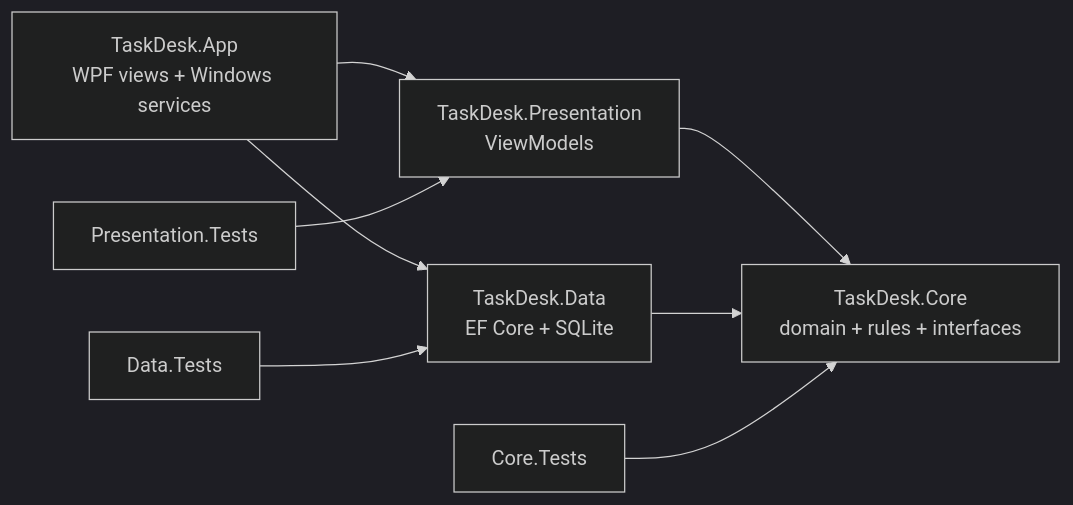
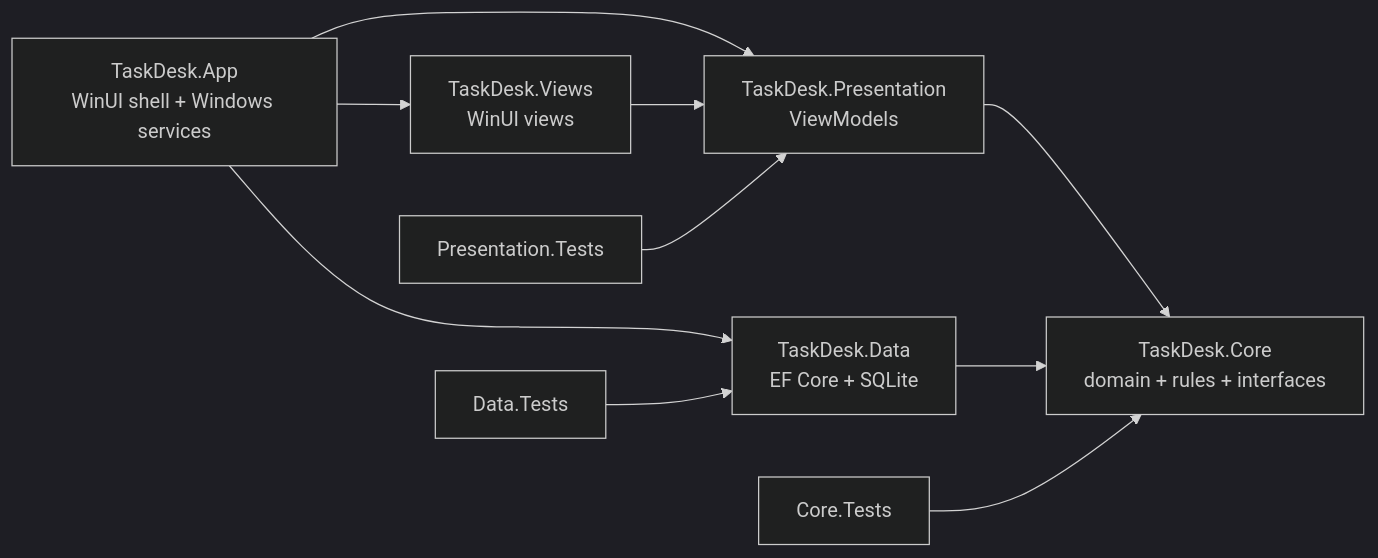
One commit to joaomariok/TaskDesk changed the first of 2 diagrams in docs/SPEC.md. Above: the diagram before and after it, drawn with Mermaid (dark theme). The commit also changed other lines of this file and 110 other files, not shown here.

Commit message:
feat: swap in the WinUI app as TaskDesk and remove the WPF app

````diff
--- a/docs/SPEC.md
+++ b/docs/SPEC.md
@@ -96,10 +99,12 @@
 ```mermaid
 flowchart LR
-    App[TaskDesk.App<br/>WPF views + Windows services] --> Presentation[TaskDesk.Presentation<br/>ViewModels]
+    App[TaskDesk.App<br/>WinUI shell + Windows services] --> Views[TaskDesk.Views<br/>WinUI views]
+    App --> Presentation[TaskDesk.Presentation<br/>ViewModels]
+    Views --> Presentation
     App --> Data[TaskDesk.Data<br/>EF Core + SQLite]
     Presentation --> Core[TaskDesk.Core<br/>domain + rules + interfaces]
     Data --> Core
     CT[Core.Tests] --> Core
     DT[Data.Tests] --> Data
     PT[Presentation.Tests] --> Presentation
 ```
````
